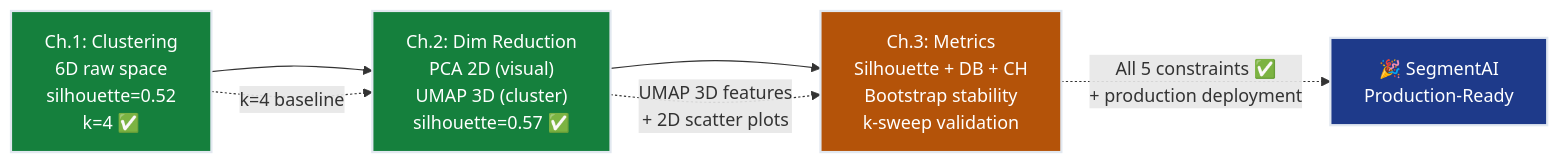
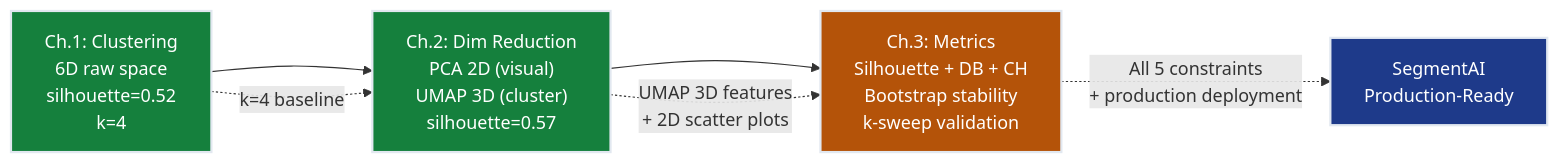
The fifth of 5 diagrams in notes/01-ml/07-unsupervised-learning/ch02_dimensionality_reduction/README.md (dsgouda7/ai-portfolio), drawn with Mermaid before and after one commit. The commit also changed other lines of this file and 179 other files, not shown here.

````diff
--- a/notes/01-ml/07-unsupervised-learning/ch02_dimensionality_reduction/README.md
+++ b/notes/01-ml/07-unsupervised-learning/ch02_dimensionality_reduction/README.md
@@ -635,12 +630,12 @@
 ```mermaid
 flowchart LR
-    A["Ch.1: Clustering\n6D raw space\nsilhouette=0.52\nk=4 ✅"] --> B["Ch.2: Dim Reduction\nPCA 2D (visual)\nUMAP 3D (cluster)\nsilhouette=0.57 ✅"]
-    B --> C["Ch.3: Metrics\nSilhouette + DB + CH\nBootstrap stability\nk-sweep validation"]
-    A -.->|"k=4 baseline"| B
-    B -.->|"UMAP 3D features\n+ 2D scatter plots"| C
-    C -.->|"All 5 constraints ✅\n+ production deployment"| D["🎉 SegmentAI\nProduction-Ready"]
-    style A fill:#15803d,stroke:#e2e8f0,stroke-width:2px,color:#ffffff
-    style B fill:#15803d,stroke:#e2e8f0,stroke-width:2px,color:#ffffff
-    style C fill:#b45309,stroke:#e2e8f0,stroke-width:2px,color:#ffffff
-    style D fill:#1e3a8a,stroke:#e2e8f0,stroke-width:2px,color:#ffffff
+ A["Ch.1: Clustering\n6D raw space\nsilhouette=0.52\nk=4 "] --> B["Ch.2: Dim Reduction\nPCA 2D (visual)\nUMAP 3D (cluster)\nsilhouette=0.57 "]
+ B --> C["Ch.3: Metrics\nSilhouette + DB + CH\nBootstrap stability\nk-sweep validation"]
+ A -.->|"k=4 baseline"| B
+ B -.->|"UMAP 3D features\n+ 2D scatter plots"| C
+ C -.->|"All 5 constraints \n+ production deployment"| D[" SegmentAI\nProduction-Ready"]
+ style A fill:#15803d,stroke:#e2e8f0,stroke-width:2px,color:#ffffff
+ style B fill:#15803d,stroke:#e2e8f0,stroke-width:2px,color:#ffffff
+ style C fill:#b45309,stroke:#e2e8f0,stroke-width:2px,color:#ffffff
+ style D fill:#1e3a8a,stroke:#e2e8f0,stroke-width:2px,color:#ffffff
 ```
````
